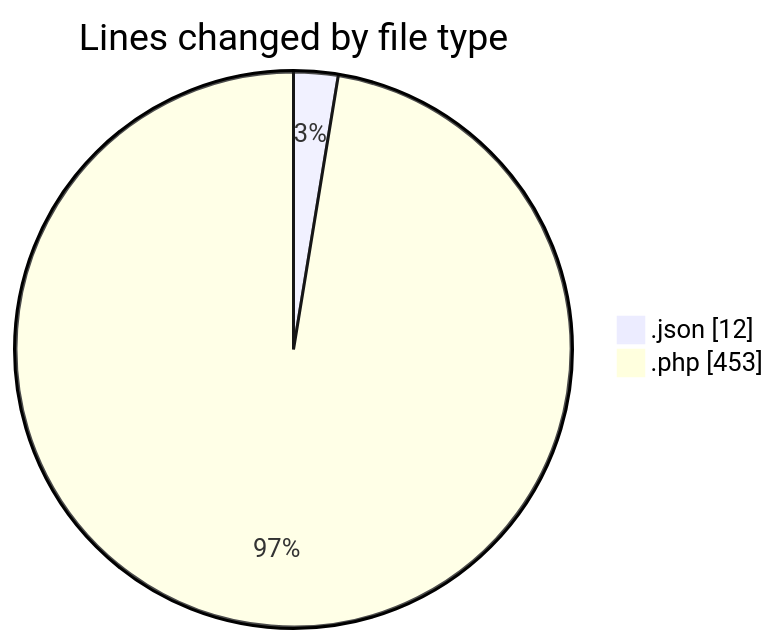
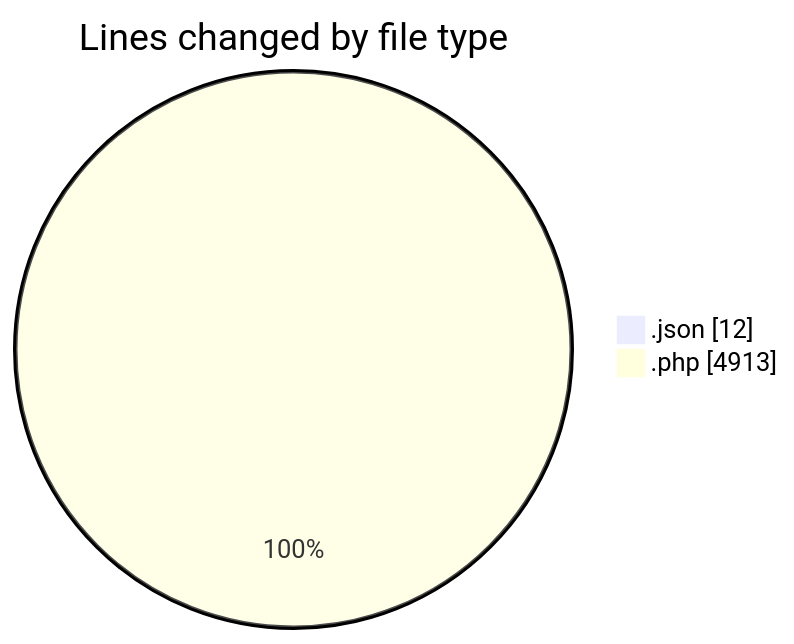
The first of 2 diagrams in 2025-01-24/zeytoon/README.md (vahidmafi/code-tracking), drawn with Mermaid before and after one commit. The commit also changed other lines of this file and 1 other file, not shown here.

````diff
--- a/2025-01-24/zeytoon/README.md
+++ b/2025-01-24/zeytoon/README.md
@@ -22,6 +23,6 @@
 ```mermaid
 pie showData
 title Lines changed by file type
 ".json" : 12
-".php" : 453
+".php" : 4913
 ```
````
